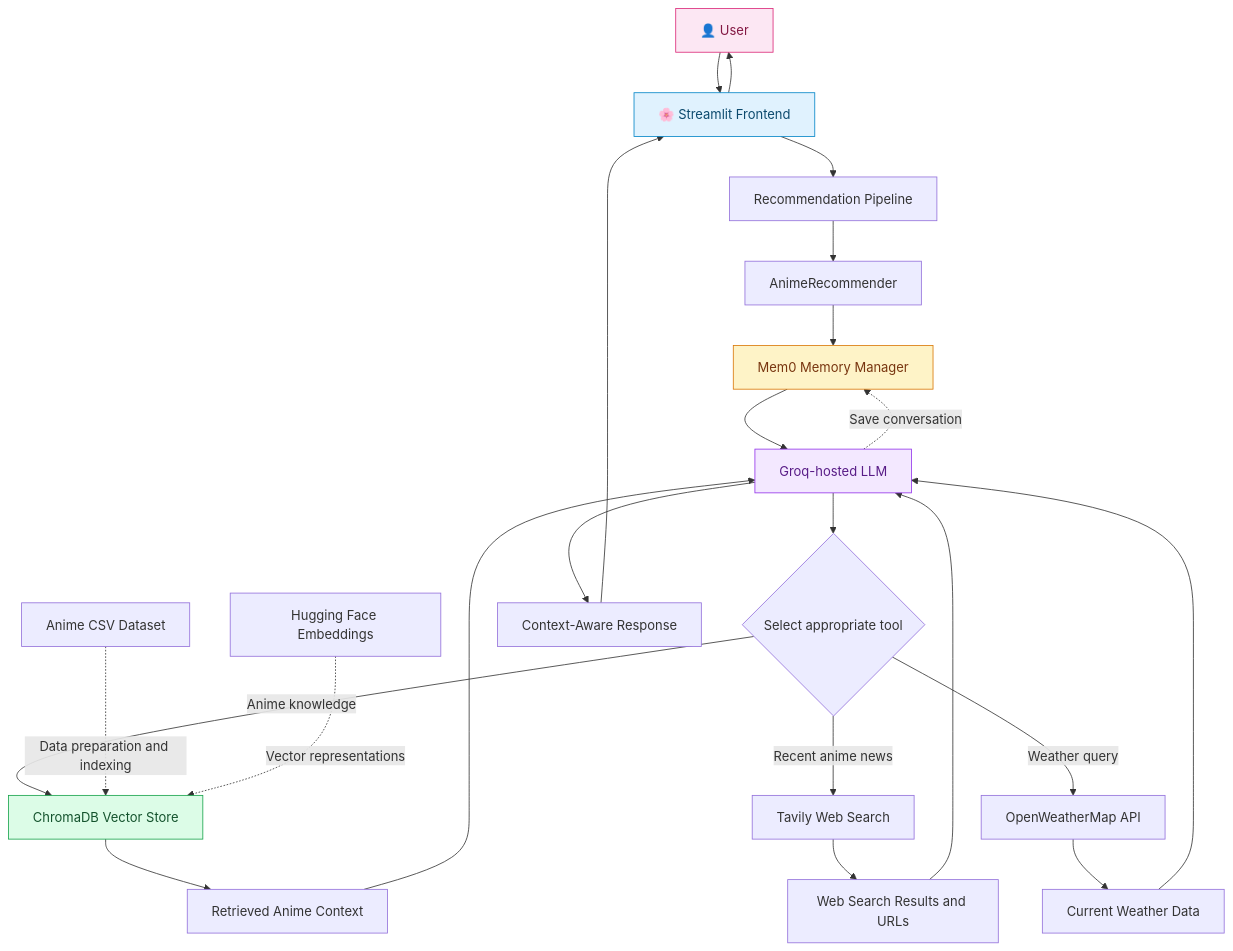
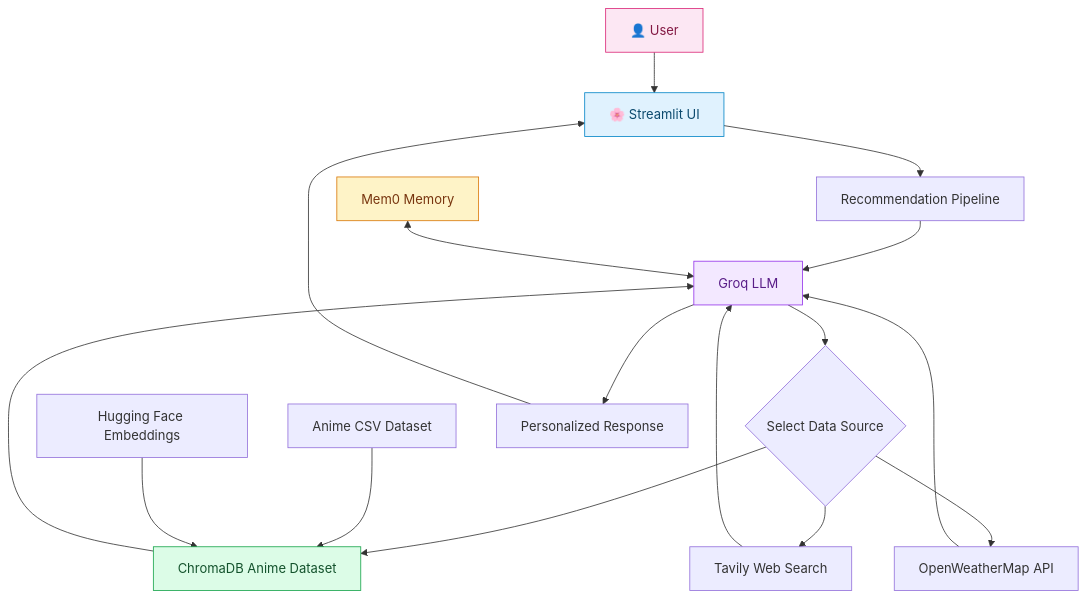
Before and after one commit to Rifat211-debug/AI-anime-recomender: the diagram in README.md, drawn with Mermaid. The commit also changed other lines of this file and 2 other files, not shown here.

````diff
--- a/README.md
+++ b/README.md
@@ -63,37 +62,30 @@
 ```mermaid
 flowchart TD
-    U["👤 User"] --> UI["🌸 Streamlit Frontend"]
+    U["👤 User"] --> UI["🌸 Streamlit UI"]
     UI --> P["Recommendation Pipeline"]
-    P --> R["AnimeRecommender"]
-    R --> M["Mem0 Memory Manager"]
-    M --> LLM["Groq-hosted LLM"]
+    P --> LLM["Groq LLM"]
 
-    LLM --> D{"Select appropriate tool"}
+    M["Mem0 Memory"] <--> LLM
 
-    D -->|Anime knowledge| V["ChromaDB Vector Store"]
-    D -->|Recent anime news| T["Tavily Web Search"]
-    D -->|Weather query| W["OpenWeatherMap API"]
+    LLM --> D{"Select Data Source"}
 
-    CSV["Anime CSV Dataset"] -. "Data preparation and indexing" .-> V
-    EMB["Hugging Face Embeddings"] -. "Vector representations" .-> V
+    D --> V["ChromaDB Anime Dataset"]
+    D --> T["Tavily Web Search"]
+    D --> W["OpenWeatherMap API"]
 
-    V --> TR["Retrieved Anime Context"]
-    T --> WR["Web Search Results and URLs"]
-    W --> WC["Current Weather Data"]
+    CSV["Anime CSV Dataset"] --> V
+    E["Hugging Face Embeddings"] --> V
 
-    TR --> LLM
-    WR --> LLM
-    WC --> LLM
+    V --> LLM
+    T --> LLM
+    W --> LLM
 
-    LLM --> A["Context-Aware Response"]
+    LLM --> A["Personalized Response"]
     A --> UI
-    UI --> U
-
-    LLM -. "Save conversation" .-> M
 
     style U fill:#FCE7F3,stroke:#DB2777,color:#831843
     style UI fill:#E0F2FE,stroke:#0284C7,color:#0C4A6E
     style LLM fill:#F3E8FF,stroke:#9333EA,color:#581C87
+    style M fill:#FEF3C7,stroke:#D97706,color:#78350F
     style V fill:#DCFCE7,stroke:#16A34A,color:#14532D
-    style M fill:#FEF3C7,stroke:#D97706,color:#78350F
 ```
````
